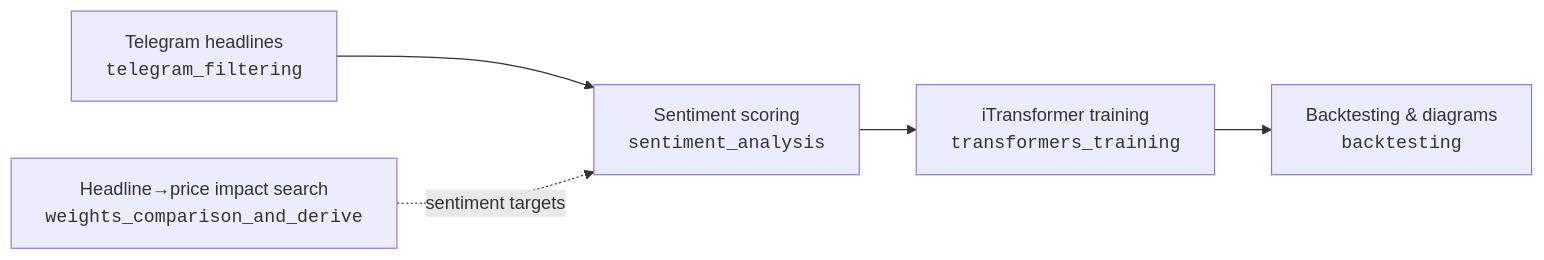
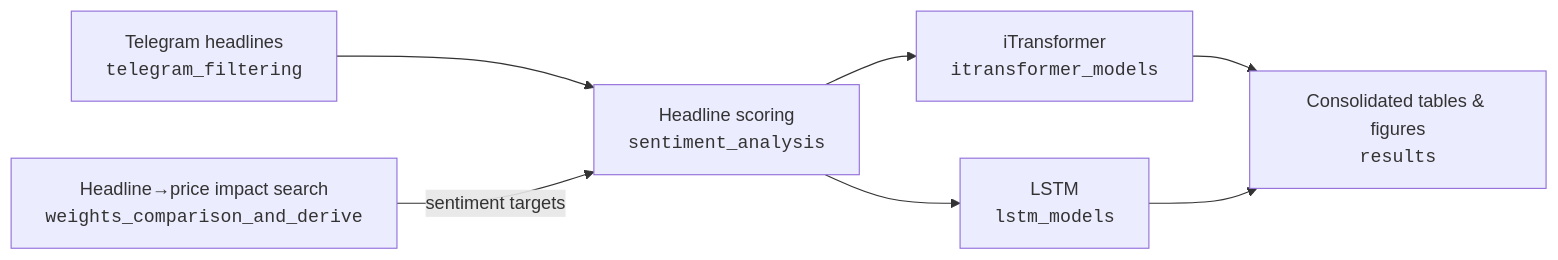
The diagram in README.md (Kosmosas/finetuned-finbert-crypto-sentiment), drawn with Mermaid before and after one commit. The commit also changed other lines of this file and 213 other files, not shown here.

````diff
--- a/README.md
+++ b/README.md
@@ -9,11 +9,14 @@
 ```mermaid
 flowchart LR
     A["Telegram headlines<br/><code>telegram_filtering</code>"]
-    B["Sentiment scoring<br/><code>sentiment_analysis</code>"]
-    C["iTransformer training<br/><code>transformers_training</code>"]
-    D["Backtesting & diagrams<br/><code>backtesting</code>"]
     W["Headline→price impact search<br/><code>weights_comparison_and_derive</code>"]
+    B["Headline scoring<br/><code>sentiment_analysis</code>"]
+    C["iTransformer<br/><code>itransformer_models</code>"]
+    D["LSTM<br/><code>lstm_models</code>"]
+    R["Consolidated tables & figures<br/><code>results</code>"]
 
-    A --> B --> C --> D
-    W -. sentiment targets .-> B
+    A --> B
+    W -- "sentiment targets" --> B
+    B --> C --> R
+    B --> D --> R
 ```
````
